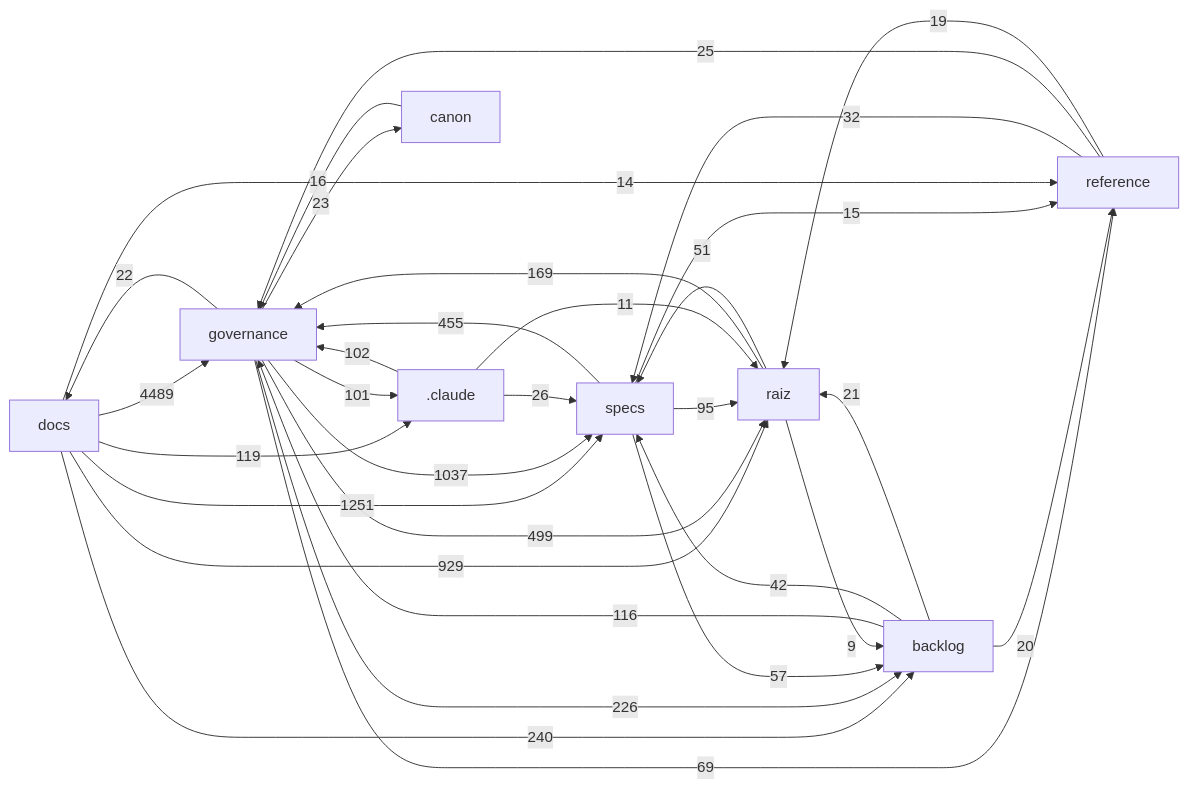
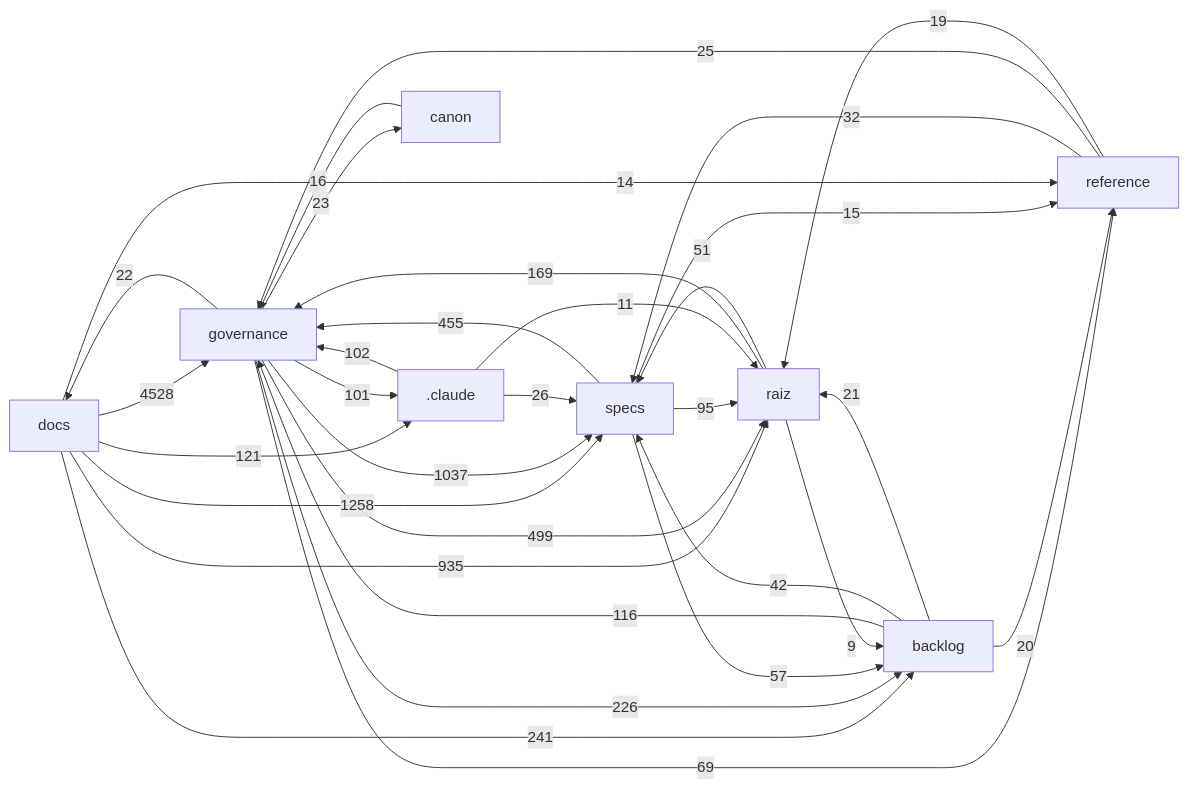
The diagram in docs/mapa/MAPA-PROJETO.md (Andraus35/Sistema-Operacional-de-Trading--SOT), drawn with Mermaid before and after one commit. The commit also changed other lines of this file and 4 other files, not shown here.

````diff
--- a/docs/mapa/MAPA-PROJETO.md
+++ b/docs/mapa/MAPA-PROJETO.md
@@ -29,34 +29,34 @@
 ```mermaid
 flowchart LR
-  docs["docs"] -->|4489| governance["governance"]
-  docs["docs"] -->|1251| specs["specs"]
+  docs["docs"] -->|4528| governance["governance"]
+  docs["docs"] -->|1258| specs["specs"]
   governance["governance"] -->|1037| specs["specs"]
-  docs["docs"] -->|929| raiz["raiz"]
+  docs["docs"] -->|935| raiz["raiz"]
   governance["governance"] -->|499| raiz["raiz"]
   specs["specs"] -->|455| governance["governance"]
-  docs["docs"] -->|240| backlog["backlog"]
+  docs["docs"] -->|241| backlog["backlog"]
   governance["governance"] -->|226| backlog["backlog"]
   raiz["raiz"] -->|169| governance["governance"]
-  docs["docs"] -->|119| _claude[".claude"]
+  docs["docs"] -->|121| _claude[".claude"]
   backlog["backlog"] -->|116| governance["governance"]
   _claude[".claude"] -->|102| governance["governance"]
   governance["governance"] -->|101| _claude[".claude"]
   specs["specs"] -->|95| raiz["raiz"]
   governance["governance"] -->|69| reference["reference"]
   specs["specs"] -->|57| backlog["backlog"]
   raiz["raiz"] -->|51| specs["specs"]
   backlog["backlog"] -->|42| specs["specs"]
   reference["reference"] -->|32| specs["specs"]
   _claude[".claude"] -->|26| specs["specs"]
   reference["reference"] -->|25| governance["governance"]
   governance["governance"] -->|23| canon["canon"]
   governance["governance"] -->|22| docs["docs"]
   backlog["backlog"] -->|21| raiz["raiz"]
   backlog["backlog"] -->|20| reference["reference"]
   reference["reference"] -->|19| raiz["raiz"]
   canon["canon"] -->|16| governance["governance"]
   specs["specs"] -->|15| reference["reference"]
   docs["docs"] -->|14| reference["reference"]
   _claude[".claude"] -->|11| raiz["raiz"]
   raiz["raiz"] -->|9| backlog["backlog"]
 ```
````
